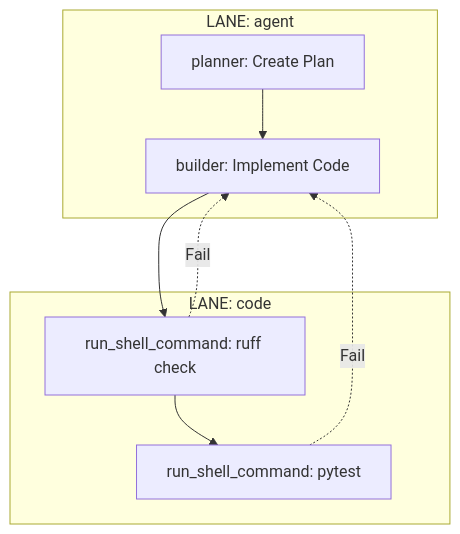
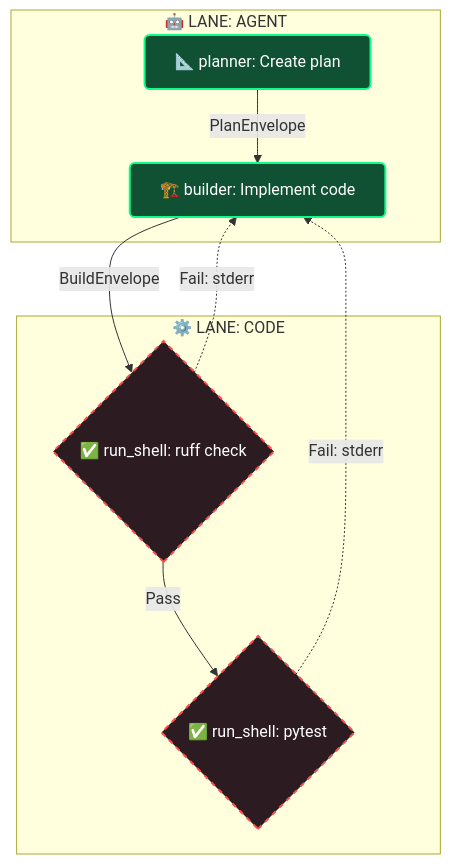
One commit to saulfernandez-me/agno-self-contain-software-factor changed the diagram in templates/apf_scaffold/workflows/plan_build_test_quality/graph.mermaid. Above: the diagram before and after it, drawn with Mermaid. The commit also changed 14 other files, not shown here.

Commit message:
refactor: upgrade all workflow diagrams to the APF Mermaid v2.0 visual standard

```diff
--- a/templates/apf_scaffold/workflows/plan_build_test_quality/graph.mermaid
+++ b/templates/apf_scaffold/workflows/plan_build_test_quality/graph.mermaid
@@ -1,14 +1,20 @@
 graph TD
-    subgraph "LANE: agent"
-        PLAN["planner: Create Plan"]:::agent
-        BUILD["builder: Implement Code"]:::agent
+    %% APF Color Palette
+    classDef agent fill:#0f5132,stroke:#0dfd8a,stroke-width:2px,color:#fff,rx:5px,ry:5px
+    classDef code fill:#2d1b22,stroke:#ff4d4f,stroke-width:2px,color:#fff,stroke-dasharray:5 5,rx:3px,ry:3px
+
+    subgraph "🤖 LANE: AGENT"
+        PLAN["📐 planner: Create plan"]:::agent
+        BUILD["🏗️ builder: Implement code"]:::agent
     end
-    subgraph "LANE: code"
-        TEST["run_shell_command: pytest"]:::code
-        LINT["run_shell_command: ruff check"]:::code
+    
+    subgraph "⚙️ LANE: CODE"
+        LINT{"✅ run_shell: ruff check"}:::code
+        TEST{"✅ run_shell: pytest"}:::code
     end
-    PLAN --> BUILD
-    BUILD --> LINT
-    LINT -.->|Fail| BUILD
-    LINT --> TEST
-    TEST -.->|Fail| BUILD
+    
+    PLAN -->|PlanEnvelope| BUILD
+    BUILD -->|BuildEnvelope| LINT
+    LINT -.->|Fail: stderr| BUILD
+    LINT -->|Pass| TEST
+    TEST -.->|Fail: stderr| BUILD
```
